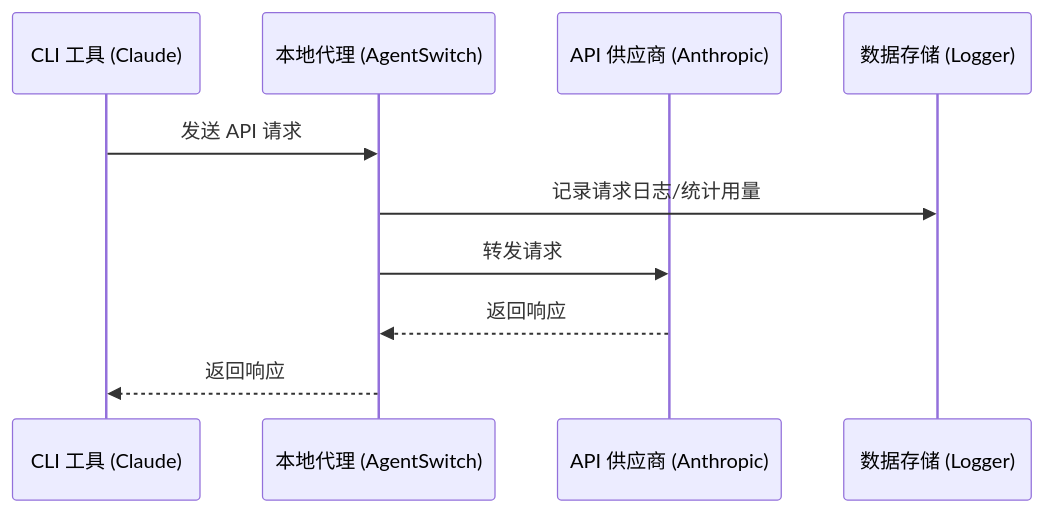
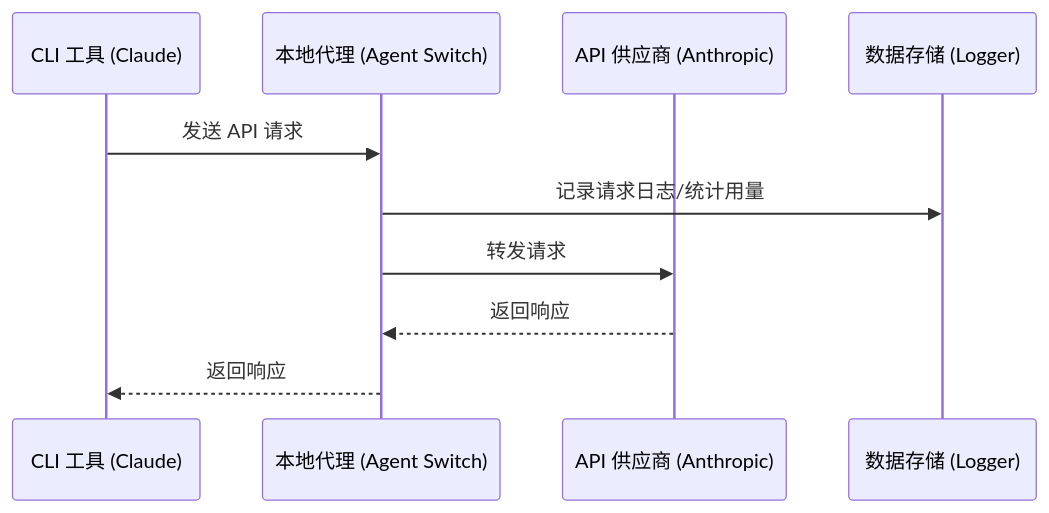
The diagram in docs/user-manual/zh/4-proxy/4.1-service.md (qunqin24/agent-switch), drawn with Mermaid before and after one commit. The commit also changed other lines of this file and 107 other files, not shown here.

Commit message:
chore(brand): align Agent Switch repository and docs

````diff
--- a/docs/user-manual/zh/4-proxy/4.1-service.md
+++ b/docs/user-manual/zh/4-proxy/4.1-service.md
@@ -116,13 +116,13 @@
 ```mermaid
 sequenceDiagram
     participant CLI as CLI 工具 (Claude)
-    participant Proxy as 本地代理 (AgentSwitch)
+    participant Proxy as 本地代理 (Agent Switch)
     participant API as API 供应商 (Anthropic)
     participant DB as 数据存储 (Logger)
 
     CLI->>Proxy: 发送 API 请求
     Proxy->>DB: 记录请求日志/统计用量
     Proxy->>API: 转发请求
     API-->>Proxy: 返回响应
     Proxy-->>CLI: 返回响应
 ```
````
